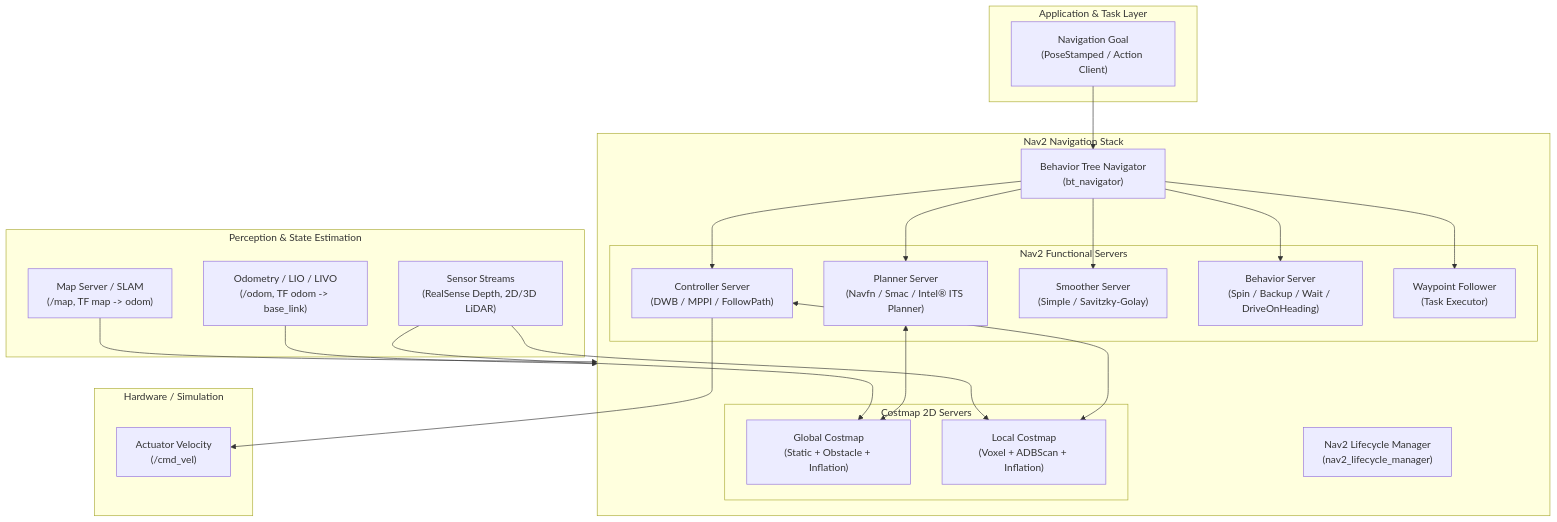
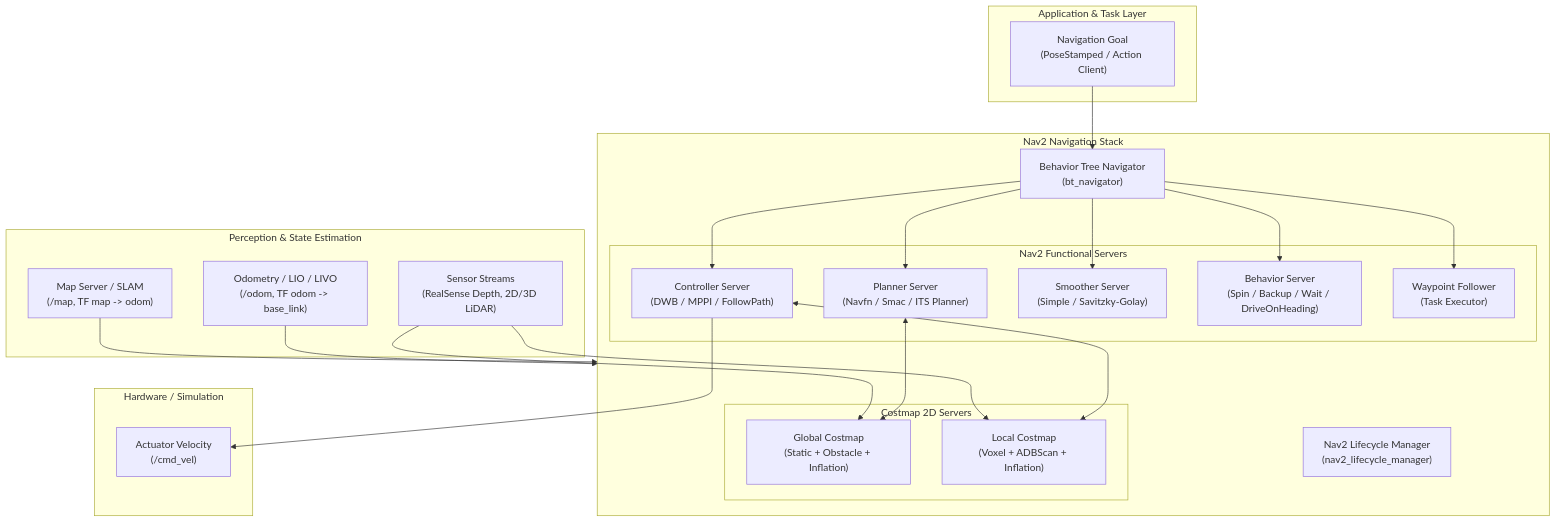
The diagram in docs/user-guide/components/navigation/nav2-integration.md (open-edge-platform/robotics-ai-suite-staging), drawn with Mermaid before and after one commit. The commit also changed other lines of this file and 20 other files, not shown here.

````diff
--- a/docs/user-guide/components/navigation/nav2-integration.md
+++ b/docs/user-guide/components/navigation/nav2-integration.md
@@ -14,51 +14,51 @@
 ```{mermaid}
 flowchart TD
     subgraph Client["Application & Task Layer"]
         Goal["Navigation Goal\n(PoseStamped / Action Client)"]
     end
 
     subgraph Nav2_Core["Nav2 Navigation Stack"]
         BT["Behavior Tree Navigator\n(bt_navigator)"]
         Lifecycle["Nav2 Lifecycle Manager\n(nav2_lifecycle_manager)"]
         
         subgraph Servers["Nav2 Functional Servers"]
-            Planner["Planner Server\n(Navfn / Smac / Intel® ITS Planner)"]
+            Planner["Planner Server\n(Navfn / Smac / ITS Planner)"]
             Controller["Controller Server\n(DWB / MPPI / FollowPath)"]
             Smoother["Smoother Server\n(Simple / Savitzky-Golay)"]
             Behaviors["Behavior Server\n(Spin / Backup / Wait / DriveOnHeading)"]
             Waypoints["Waypoint Follower\n(Task Executor)"]
         end
 
         subgraph Costmaps["Costmap 2D Servers"]
             GlobalCostmap["Global Costmap\n(Static + Obstacle + Inflation)"]
             LocalCostmap["Local Costmap\n(Voxel + ADBScan + Inflation)"]
         end
     end
 
     subgraph Perception_Localization["Perception & State Estimation"]
         Odom["Odometry / LIO / LIVO\n(/odom, TF odom -> base_link)"]
         Map["Map Server / SLAM\n(/map, TF map -> odom)"]
         Sensors["Sensor Streams\n(RealSense Depth, 2D/3D LiDAR)"]
     end
 
     subgraph Base["Hardware / Simulation"]
         CmdVel["Actuator Velocity\n(/cmd_vel)"]
     end
 
     Goal --> BT
     BT --> Planner
     BT --> Controller
     BT --> Smoother
     BT --> Behaviors
     BT --> Waypoints
 
     Planner <--> GlobalCostmap
     Controller <--> LocalCostmap
 
     Sensors --> GlobalCostmap
     Sensors --> LocalCostmap
     Odom --> Nav2_Core
     Map --> Nav2_Core
 
     Controller --> CmdVel
 ```
````
